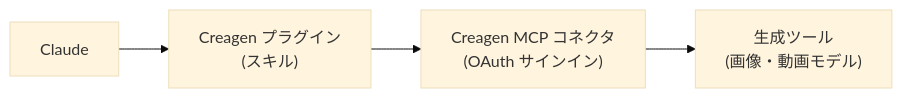
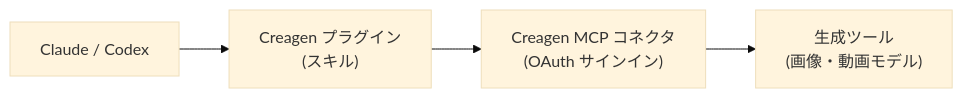
The diagram in README.ja.md (pioncorp/creagen-plugin), drawn with Mermaid (base theme) before and after one commit. The commit also changed other lines of this file and 4 other files, not shown here.

````diff
--- a/README.ja.md
+++ b/README.ja.md
@@ -69,6 +80,6 @@
 ```mermaid
 flowchart LR
-  A["Claude"] --> B["Creagen プラグイン<br/>(スキル)"]
+  A["Claude / Codex"] --> B["Creagen プラグイン<br/>(スキル)"]
   B --> C["Creagen MCP コネクタ<br/>(OAuth サインイン)"]
   C --> D["生成ツール<br/>(画像・動画モデル)"]
 ```
````
